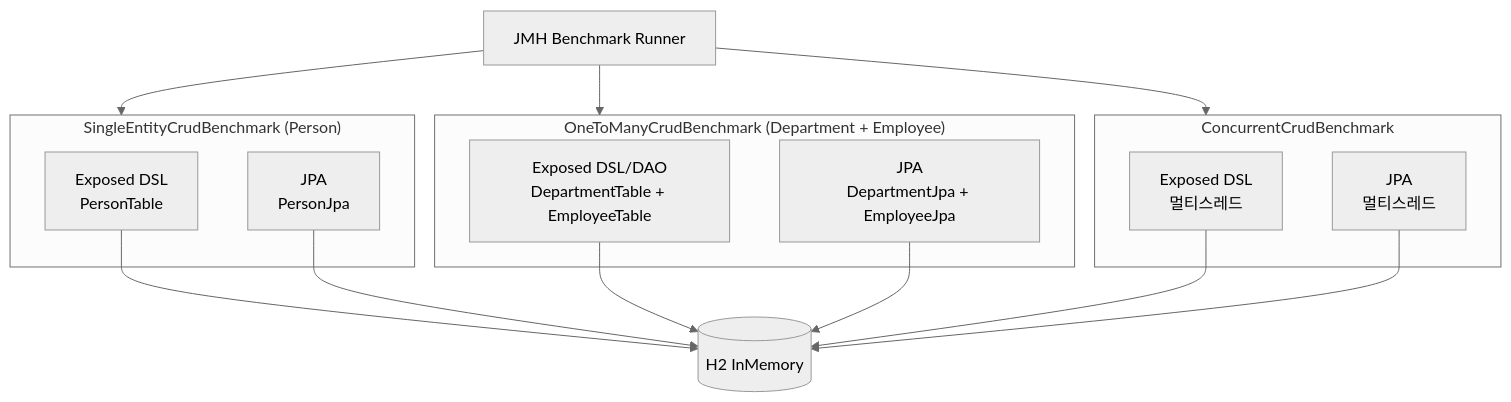
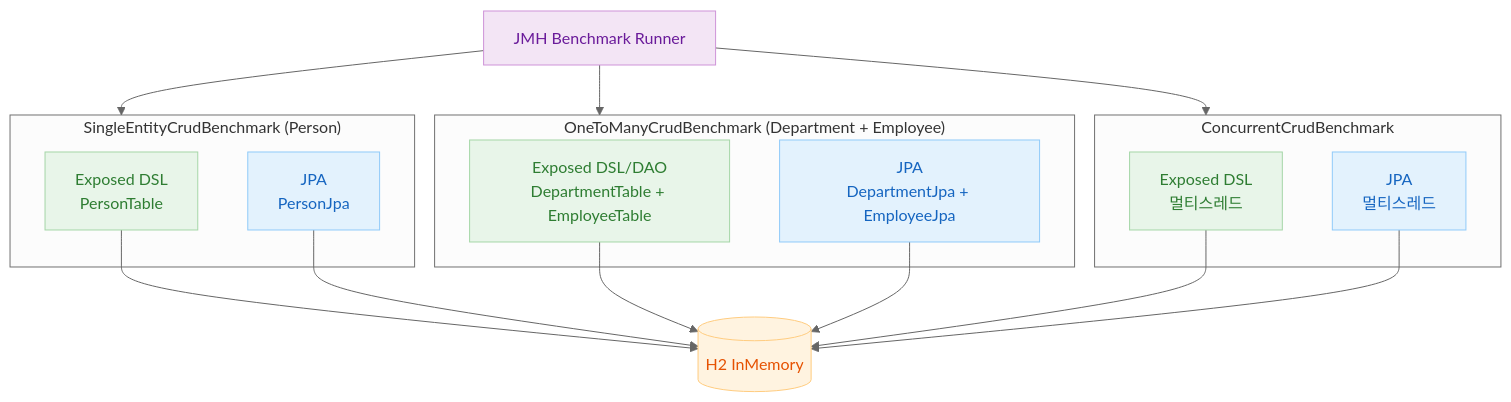
One commit to bluetape4k/exposed-workshop changed the second of 4 diagrams in 11-high-performance/04-benchmark/README.md. Above: the diagram before and after it, drawn with Mermaid (neutral theme). The commit also changed other lines of this file and 56 other files, not shown here.

First line of the commit message:
docs: 전체 README mermaid 다이어그램에 파스텔 톤 색상 적용

````diff
--- a/11-high-performance/04-benchmark/README.md
+++ b/11-high-performance/04-benchmark/README.md
@@ -69,32 +69,42 @@
 ```mermaid
 flowchart TD
     JMH[JMH Benchmark Runner]
 
     subgraph SingleEntity["SingleEntityCrudBenchmark (Person)"]
         SE_EXP[Exposed DSL\nPersonTable]
         SE_JPA[JPA\nPersonJpa]
     end
 
     subgraph OneToMany["OneToManyCrudBenchmark (Department + Employee)"]
         OTM_EXP[Exposed DSL/DAO\nDepartmentTable + EmployeeTable]
         OTM_JPA[JPA\nDepartmentJpa + EmployeeJpa]
     end
 
     subgraph Concurrent["ConcurrentCrudBenchmark"]
         CC_EXP[Exposed DSL\n멀티스레드]
         CC_JPA[JPA\n멀티스레드]
     end
 
     DB[(H2 InMemory)]
 
     JMH --> SingleEntity
     JMH --> OneToMany
     JMH --> Concurrent
 
     SE_EXP --> DB
     SE_JPA --> DB
     OTM_EXP --> DB
     OTM_JPA --> DB
     CC_EXP --> DB
     CC_JPA --> DB
+
+    classDef blue fill:#E3F2FD,stroke:#90CAF9,color:#1565C0
+    classDef green fill:#E8F5E9,stroke:#A5D6A7,color:#2E7D32
+    classDef purple fill:#F3E5F5,stroke:#CE93D8,color:#6A1B9A
+    classDef orange fill:#FFF3E0,stroke:#FFCC80,color:#E65100
+
+    class JMH purple
+    class SE_EXP,OTM_EXP,CC_EXP green
+    class SE_JPA,OTM_JPA,CC_JPA blue
+    class DB orange
 ```
````
